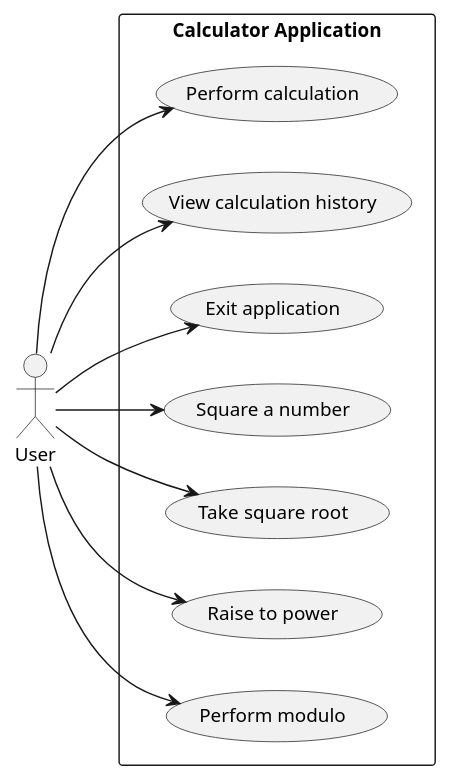
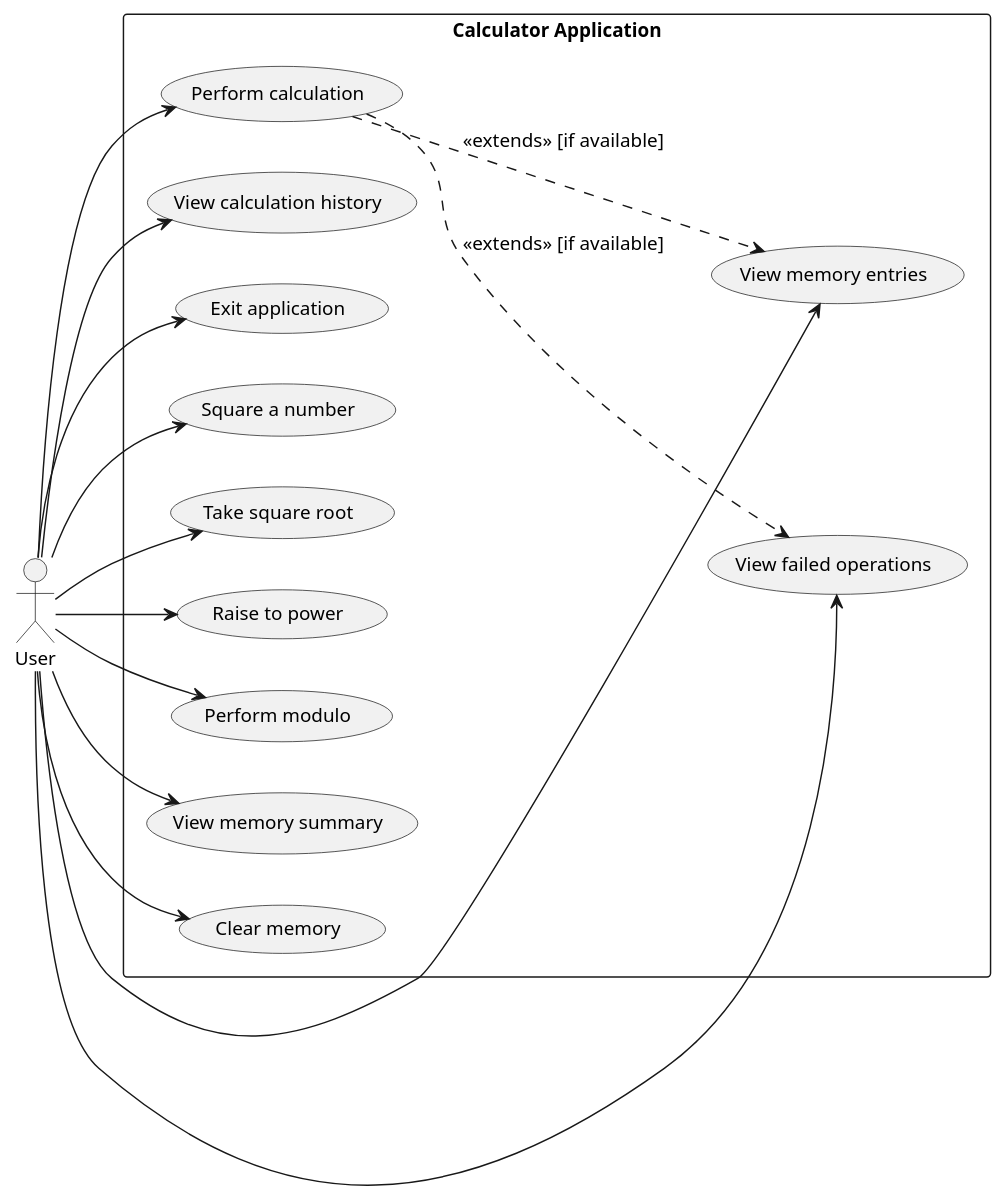
Before and after one commit to DanielRiha8906/Software_autoevolution_using_agents: the diagram in experiments/supervisor_as_tools/structured_text/calculator/artifacts/use_case_diagram.puml, drawn with PlantUML. The commit also changed 14 other files, not shown here.

```diff
--- a/experiments/supervisor_as_tools/structured_text/calculator/artifacts/use_case_diagram.puml
+++ b/experiments/supervisor_as_tools/structured_text/calculator/artifacts/use_case_diagram.puml
@@ -1,28 +1,39 @@
 @startuml use_case_diagram
 
 skinparam defaultFontSize 13
 
 left to right direction
 
 actor User
 
 rectangle "Calculator Application" {
     usecase "Perform calculation" as UC_Calc
     usecase "View calculation history" as UC_History
     usecase "Exit application" as UC_Exit
     usecase "Square a number" as UC_Square
     usecase "Take square root" as UC_Sqrt
     usecase "Raise to power" as UC_Power
     usecase "Perform modulo" as UC_Modulo
+    usecase "View memory entries" as UC_Memory
+    usecase "View memory summary" as UC_Summary
+    usecase "View failed operations" as UC_Failures
+    usecase "Clear memory" as UC_ClearMem
 
 }
 
 User --> UC_Calc
 User --> UC_History
 User --> UC_Exit
 User --> UC_Square
 User --> UC_Sqrt
 User --> UC_Power
 User --> UC_Modulo
+User --> UC_Memory
+User --> UC_Summary
+User --> UC_Failures
+User --> UC_ClearMem
+
+UC_Calc ..> UC_Memory : <<extends>> [if available]
+UC_Calc ..> UC_Failures : <<extends>> [if available]
 
 @enduml
```
